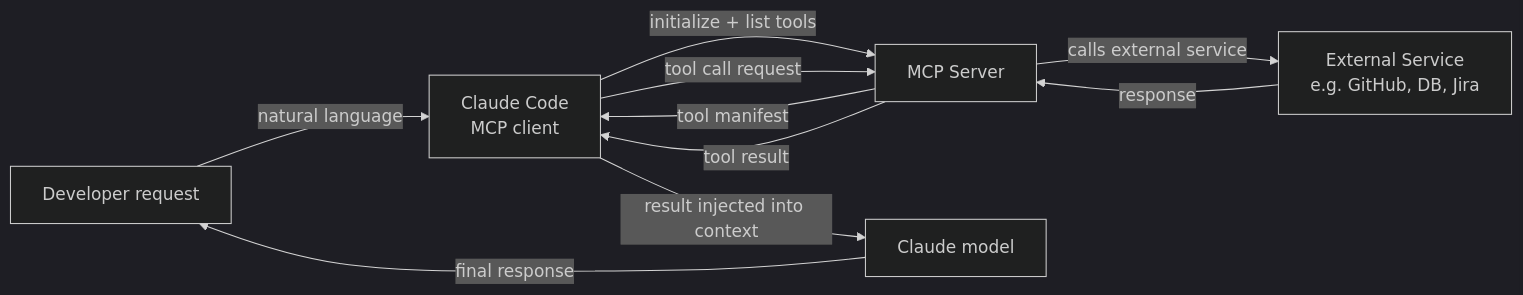
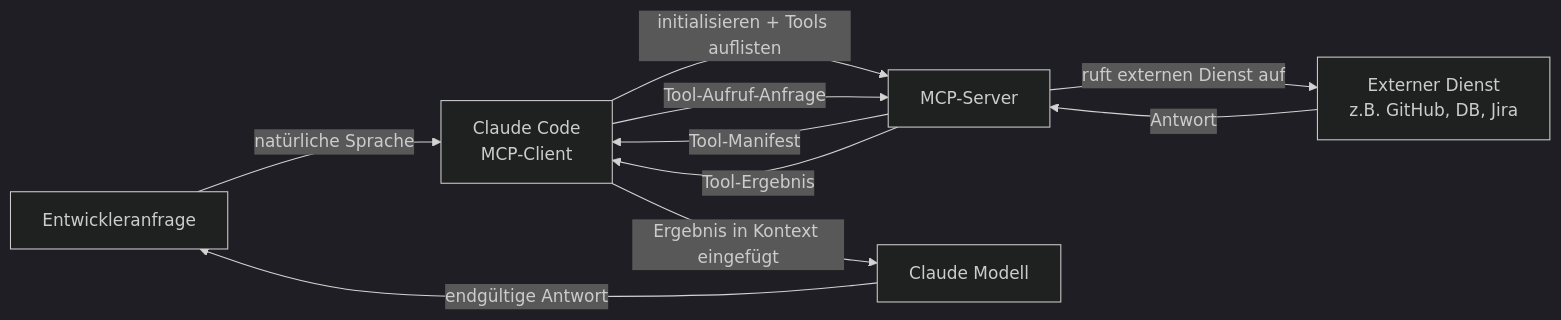
One commit to EmersonBraun/ai-summary-hub changed the diagram in i18n/de/docusaurus-plugin-content-docs/current/claude-code/mcp-plugins.md. Above: the diagram before and after it, drawn with Mermaid (dark theme). The commit also changed other lines of this file and 178 other files, not shown here.

````diff
--- a/i18n/de/docusaurus-plugin-content-docs/current/claude-code/mcp-plugins.md
+++ b/i18n/de/docusaurus-plugin-content-docs/current/claude-code/mcp-plugins.md
@@ -35,12 +37,12 @@
 ```mermaid
 flowchart LR
-  Dev[Developer request] -->|natural language| ClaudeCode[Claude Code\nMCP client]
-  ClaudeCode -->|initialize + list tools| MCPServer[MCP Server]
-  MCPServer -->|tool manifest| ClaudeCode
-  ClaudeCode -->|tool call request| MCPServer
-  MCPServer -->|calls external service| External[External Service\ne.g. GitHub, DB, Jira]
-  External -->|response| MCPServer
-  MCPServer -->|tool result| ClaudeCode
-  ClaudeCode -->|result injected into context| Model[Claude model]
-  Model -->|final response| Dev
+  Dev[Entwickleranfrage] -->|natürliche Sprache| ClaudeCode[Claude Code\nMCP-Client]
+  ClaudeCode -->|initialisieren + Tools auflisten| MCPServer[MCP-Server]
+  MCPServer -->|Tool-Manifest| ClaudeCode
+  ClaudeCode -->|Tool-Aufruf-Anfrage| MCPServer
+  MCPServer -->|ruft externen Dienst auf| External[Externer Dienst\nz.B. GitHub, DB, Jira]
+  External -->|Antwort| MCPServer
+  MCPServer -->|Tool-Ergebnis| ClaudeCode
+  ClaudeCode -->|Ergebnis in Kontext eingefügt| Model[Claude Modell]
+  Model -->|endgültige Antwort| Dev
 ```
````
